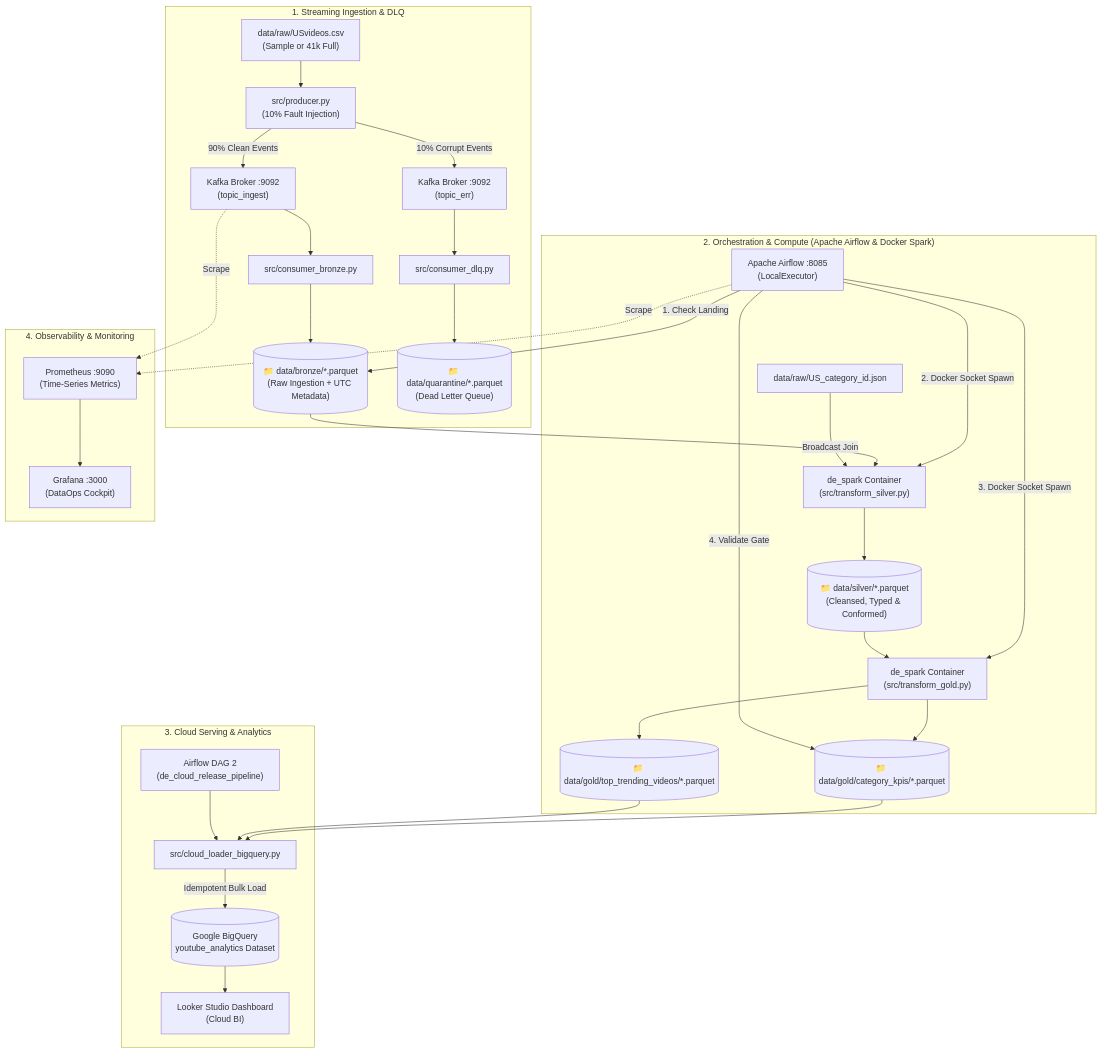
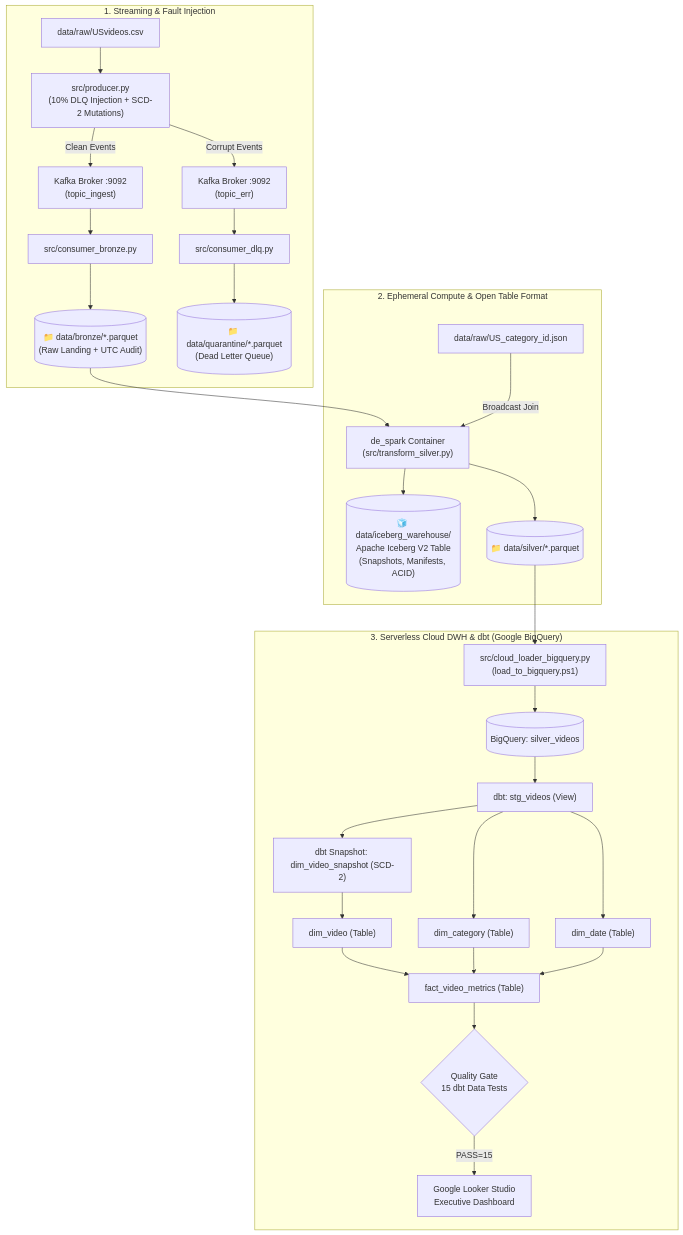
The first of 2 diagrams in README.md (BHW80/DE_Capstone_2026), drawn with Mermaid before and after one commit. The commit also changed other lines of this file and 16 other files, not shown here.

Commit message:
feat: implement apache iceberg v2, kimball star schema, scd-2 snapshots, and quality gates with dbt

````diff
--- a/README.md
+++ b/README.md
@@ -36,51 +89,38 @@
 ```mermaid
 flowchart TD
-    subgraph Ingestion ["1. Streaming Ingestion & DLQ"]
-        RAW["data/raw/USvideos.csv\n(Sample or 41k Full)"] --> PROD["src/producer.py\n(10% Fault Injection)"]
-        PROD -->|90% Clean Events| KAFKA["Kafka Broker :9092\n(topic_ingest)"]
-        PROD -->|10% Corrupt Events| DLQ["Kafka Broker :9092\n(topic_err)"]
+    subgraph Streaming ["1. Streaming & Fault Injection"]
+        RAW["data/raw/USvideos.csv"] --> PROD["src/producer.py\n(10% DLQ Injection + SCD-2 Mutations)"]
+        PROD -->|Clean Events| KAFKA["Kafka Broker :9092\n(topic_ingest)"]
+        PROD -->|Corrupt Events| DLQ["Kafka Broker :9092\n(topic_err)"]
         KAFKA --> BRONZE_C["src/consumer_bronze.py"]
         DLQ --> DLQ_C["src/consumer_dlq.py"]
-        BRONZE_C --> BRONZE_PARQUET[("📁 data/bronze/*.parquet\n(Raw Ingestion + UTC Metadata)")]
-        DLQ_C --> QUARANTINE_PARQUET[("📁 data/quarantine/*.parquet\n(Dead Letter Queue)")]
+        BRONZE_C --> BRONZE_P[("📁 data/bronze/*.parquet\n(Raw Landing + UTC Audit)")]
+        DLQ_C --> QUAR_P[("📁 data/quarantine/*.parquet\n(Dead Letter Queue)")]
     end
 
-    subgraph Orchestration ["2. Orchestration & Compute (Apache Airflow & Docker Spark)"]
-        AIRFLOW["Apache Airflow :8085\n(LocalExecutor)"]
-        SPARK_SILVER["de_spark Container\n(src/transform_silver.py)"]
-        SPARK_GOLD["de_spark Container\n(src/transform_gold.py)"]
-
-        AIRFLOW -->|1. Check Landing| BRONZE_PARQUET
-        AIRFLOW -->|2. Docker Socket Spawn| SPARK_SILVER
-        BRONZE_PARQUET --> SPARK_SILVER
+    subgraph Lakehouse ["2. Ephemeral Compute & Open Table Format"]
+        BRONZE_P --> SPARK_SILVER["de_spark Container\n(src/transform_silver.py)"]
         CAT_JSON["data/raw/US_category_id.json"] -->|Broadcast Join| SPARK_SILVER
-        SPARK_SILVER --> SILVER_PARQUET[("📁 data/silver/*.parquet\n(Cleansed, Typed & Conformed)")]
-
-        AIRFLOW -->|3. Docker Socket Spawn| SPARK_GOLD
-        SILVER_PARQUET --> SPARK_GOLD
-        SPARK_GOLD --> GOLD_KPIS[("📁 data/gold/category_kpis/*.parquet")]
-        SPARK_GOLD --> GOLD_TRENDING[("📁 data/gold/top_trending_videos/*.parquet")]
-        AIRFLOW -->|4. Validate Gate| GOLD_KPIS
+        SPARK_SILVER --> ICEBERG[("🧊 data/iceberg_warehouse/\nApache Iceberg V2 Table\n(Snapshots, Manifests, ACID)")]
+        SPARK_SILVER --> SILVER_P[("📁 data/silver/*.parquet")]
     end
 
-    subgraph Serving ["3. Cloud Serving & Analytics"]
-        AIRFLOW_REL["Airflow DAG 2\n(de_cloud_release_pipeline)"]
-        BQ_LOADER["src/cloud_loader_bigquery.py"]
-        GBQ[("Google BigQuery\nyoutube_analytics Dataset")]
-        LOOKER["Looker Studio Dashboard\n(Cloud BI)"]
-
-        GOLD_KPIS --> BQ_LOADER
-        GOLD_TRENDING --> BQ_LOADER
-        AIRFLOW_REL --> BQ_LOADER
-        BQ_LOADER -->|Idempotent Bulk Load| GBQ
-        GBQ --> LOOKER
-    end
-
-    subgraph Observability ["4. Observability & Monitoring"]
-        PROM["Prometheus :9090\n(Time-Series Metrics)"]
-        GRAF["Grafana :3000\n(DataOps Cockpit)"]
-        PROM --> GRAF
-        KAFKA -.->|Scrape| PROM
-        AIRFLOW -.->|Scrape| PROM
+    subgraph DWH ["3. Serverless Cloud DWH & dbt (Google BigQuery)"]
+        SILVER_P --> BQ_LOADER["src/cloud_loader_bigquery.py\n(load_to_bigquery.ps1)"]
+        BQ_LOADER --> BQ_RAW[("BigQuery: silver_videos")]
+        
+        BQ_RAW --> DBT_STG["dbt: stg_videos (View)"]
+        DBT_STG --> DBT_SNAP["dbt Snapshot: dim_video_snapshot (SCD-2)"]
+        
+        DBT_SNAP --> DIM_V["dim_video (Table)"]
+        DBT_STG --> DIM_C["dim_category (Table)"]
+        DBT_STG --> DIM_D["dim_date (Table)"]
+        
+        DIM_V --> FACT["fact_video_metrics (Table)"]
+        DIM_C --> FACT
+        DIM_D --> FACT
+        
+        FACT --> TESTS{"Quality Gate\n15 dbt Data Tests"}
+        TESTS -->|PASS=15| BI["Google Looker Studio\nExecutive Dashboard"]
     end
 ```
````
